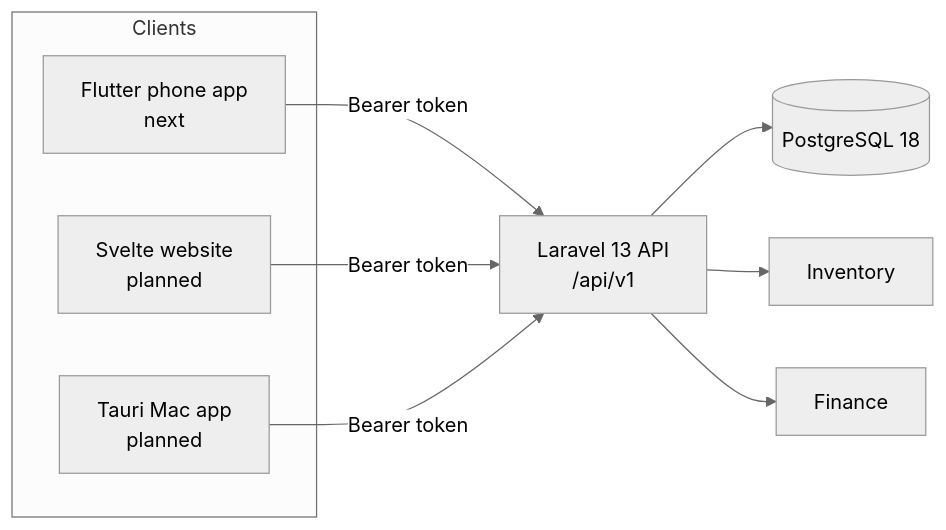
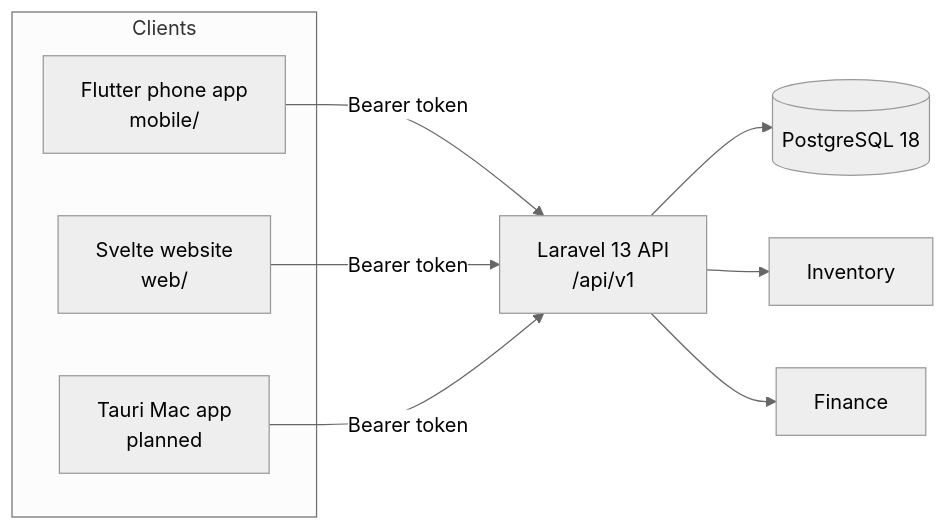
The first of 4 diagrams in README.md (Saajonsayrest/pasal), drawn with Mermaid (neutral theme) before and after one commit. The commit also changed other lines of this file and 2 other files, not shown here.

Commit message:
docs: website, phone app, demo shop and client state

````diff
--- a/README.md
+++ b/README.md
@@ -20,14 +20,14 @@
 ```mermaid
 flowchart LR
     subgraph Clients
-        P[Flutter phone app<br/>next]
-        W[Svelte website<br/>planned]
+        P[Flutter phone app<br/>mobile/]
+        W[Svelte website<br/>web/]
         M[Tauri Mac app<br/>planned]
     end
     P -->|Bearer token| API
     W -->|Bearer token| API
     M -->|Bearer token| API
     API[Laravel 13 API<br/>/api/v1] --> DB[(PostgreSQL 18)]
     API --> INV[Inventory]
     API --> FIN[Finance]
 ```
````
